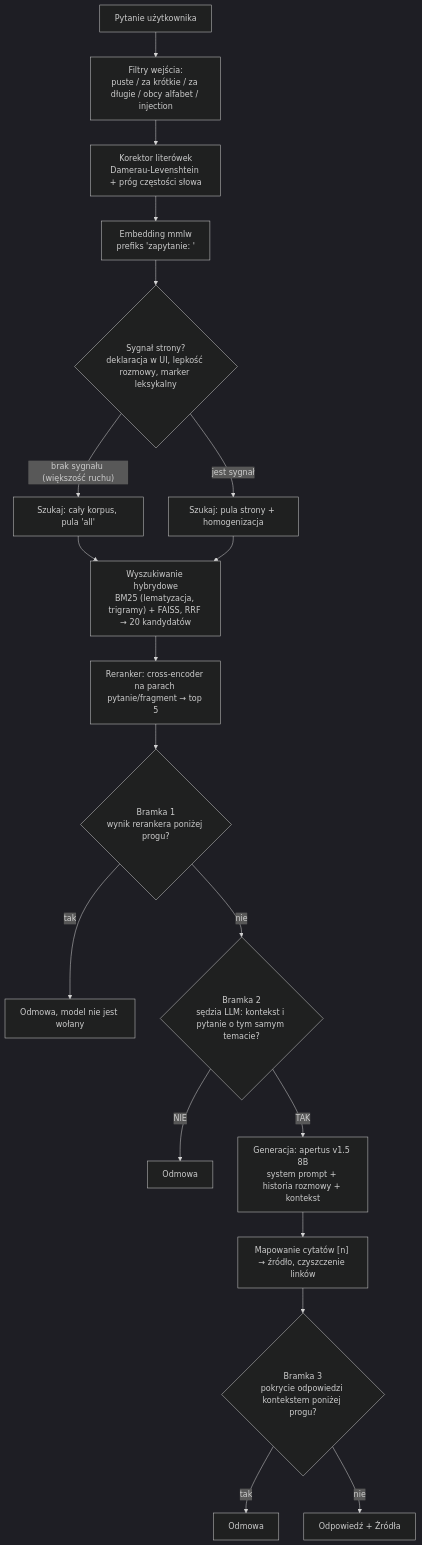
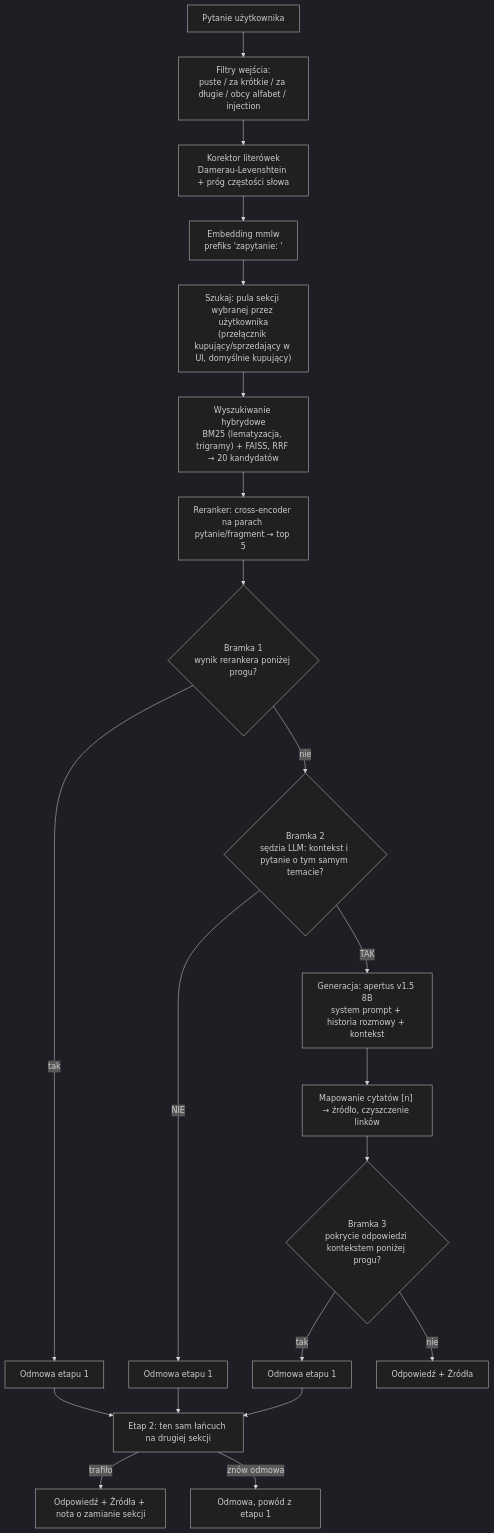
The diagram in README.md (OskarOG1/Chatbot-RAG), drawn with Mermaid (dark theme) before and after one commit. The commit also changed other lines of this file and 18 other files, not shown here.

````diff
--- a/README.md
+++ b/README.md
@@ -48,21 +48,23 @@
 ```mermaid
 flowchart TD
     Q["Pytanie użytkownika"] --> F["Filtry wejścia:<br/>puste / za krótkie / za długie / obcy alfabet / injection"]
     F --> K["Korektor literówek<br/>Damerau-Levenshtein + próg częstości słowa"]
     K --> E["Embedding mmlw<br/>prefiks 'zapytanie: '"]
-    E --> P{"Sygnał strony?<br/>deklaracja w UI, lepkość rozmowy, marker leksykalny"}
-    P -- "brak sygnału (większość ruchu)" --> S1["Szukaj: cały korpus, pula 'all'"]
-    P -- "jest sygnał" --> S2["Szukaj: pula strony + homogenizacja"]
-    S1 --> H["Wyszukiwanie hybrydowe<br/>BM25 (lematyzacja, trigramy) + FAISS, RRF → 20 kandydatów"]
-    S2 --> H
+    E --> S["Szukaj: pula sekcji wybranej przez użytkownika<br/>(przełącznik kupujący/sprzedający w UI, domyślnie kupujący)"]
+    S --> H["Wyszukiwanie hybrydowe<br/>BM25 (lematyzacja, trigramy) + FAISS, RRF → 20 kandydatów"]
     H --> RR["Reranker: cross-encoder na parach pytanie/fragment → top 5"]
     RR --> G1{"Bramka 1<br/>wynik rerankera poniżej progu?"}
-    G1 -- tak --> D1["Odmowa, model nie jest wołany"]
+    G1 -- tak --> D1["Odmowa etapu 1"]
     G1 -- nie --> G2{"Bramka 2<br/>sędzia LLM: kontekst i pytanie o tym samym temacie?"}
-    G2 -- NIE --> D2["Odmowa"]
+    G2 -- NIE --> D2["Odmowa etapu 1"]
     G2 -- TAK --> GEN["Generacja: apertus v1.5 8B<br/>system prompt + historia rozmowy + kontekst"]
     GEN --> C["Mapowanie cytatów [n] → źródło, czyszczenie linków"]
     C --> G3{"Bramka 3<br/>pokrycie odpowiedzi kontekstem poniżej progu?"}
-    G3 -- tak --> D3["Odmowa"]
-    G3 -- nie --> A["Odpowiedź + Źródła"]
+    G3 -- tak --> D3["Odmowa etapu 1"]
+    G3 -- nie --> A1["Odpowiedź + Źródła"]
+    D1 --> S2["Etap 2: ten sam łańcuch na drugiej sekcji"]
+    D2 --> S2
+    D3 --> S2
+    S2 -- trafiło --> A2["Odpowiedź + Źródła + nota o zamianie sekcji"]
+    S2 -- "znów odmowa" --> D4["Odmowa, powód z etapu 1"]
 ```
````
